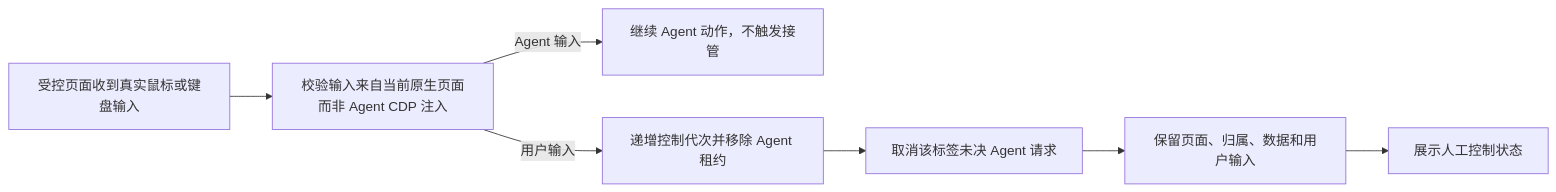
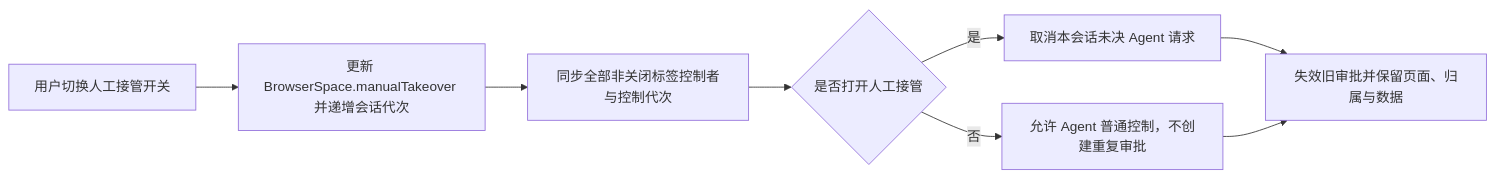
One commit to pi-ixel/Awesome-Agent-Workflow changed the fourth of 4 diagrams in desktop/docs/内嵌浏览器/详细设计/01核心对象状态与代次设计.md. Above: the diagram before and after it, drawn with Mermaid. The commit also changed other lines of this file and 185 other files, not shown here.

First line of the commit message:
feat(desktop): add embedded browser and agent workflow

````diff
--- a/desktop/docs/内嵌浏览器/详细设计/01核心对象状态与代次设计.md
+++ b/desktop/docs/内嵌浏览器/详细设计/01核心对象状态与代次设计.md
@@ -176,9 +183,10 @@
 ```mermaid
 flowchart LR
-  Input["受控页面收到真实鼠标或键盘输入"] --> Source["校验输入来自当前原生页面而非 Agent CDP 注入"]
-  Source -->|Agent 输入| Continue["继续 Agent 动作，不触发接管"]
-  Source -->|用户输入| Lease["递增控制代次并移除 Agent 租约"]
-  Lease --> Cancel["取消该标签未决 Agent 请求"]
-  Cancel --> Preserve["保留页面、归属、数据和用户输入"]
-  Preserve --> Notify["展示人工控制状态"]
+  Switch["用户切换人工接管开关"] --> Session["更新 BrowserSpace.manualTakeover 并递增会话代次"]
+  Session --> Leases["同步全部非关闭标签控制者与控制代次"]
+  Leases --> Decision{"是否打开人工接管"}
+  Decision -->|是| Cancel["取消本会话未决 Agent 请求"]
+  Decision -->|否| Agent["允许 Agent 普通控制，不创建重复审批"]
+  Cancel --> Invalidate["失效旧审批并保留页面、归属与数据"]
+  Agent --> Invalidate
 ```
````
